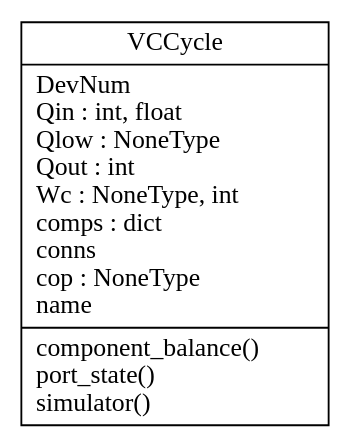
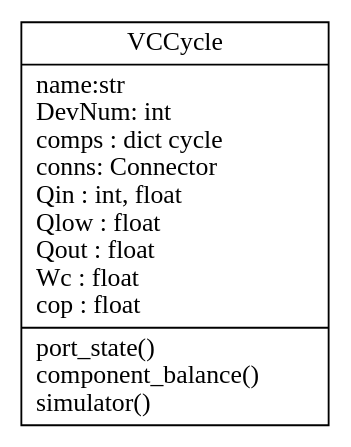
One commit to thermalogic/SimVCCE changed the diagram in uml/vcc/classes.dot. Above: the diagram before and after it, drawn with Graphviz. The commit also changed 5 other files, not shown here.

Commit message:
update uml

```diff
--- a/uml/vcc/classes.dot
+++ b/uml/vcc/classes.dot
@@ -1,5 +1,5 @@
 digraph "classes" {
 rankdir=BT
 charset="utf-8"
-"vcc.vccobj.VCCycle" [color="black", fontcolor="black", label="{VCCycle|DevNum\lQin : int, float\lQlow : NoneType\lQout : int\lWc : NoneType, int\lcomps : dict\lconns\lcop : NoneType\lname\l|component_balance()\lport_state()\lsimulator()\l}", shape="record", style="solid"];
+"vcc.vccobj.VCCycle" [color="black", fontcolor="black", label="{VCCycle|name:str\lDevNum: int\lcomps : dict cycle\lconns: Connector\lQin : int, float\lQlow : float\lQout : float\lWc : float\lcop : float\l|port_state()\lcomponent_balance()\lsimulator()\l}", shape="record", style="solid"];
 }
```
